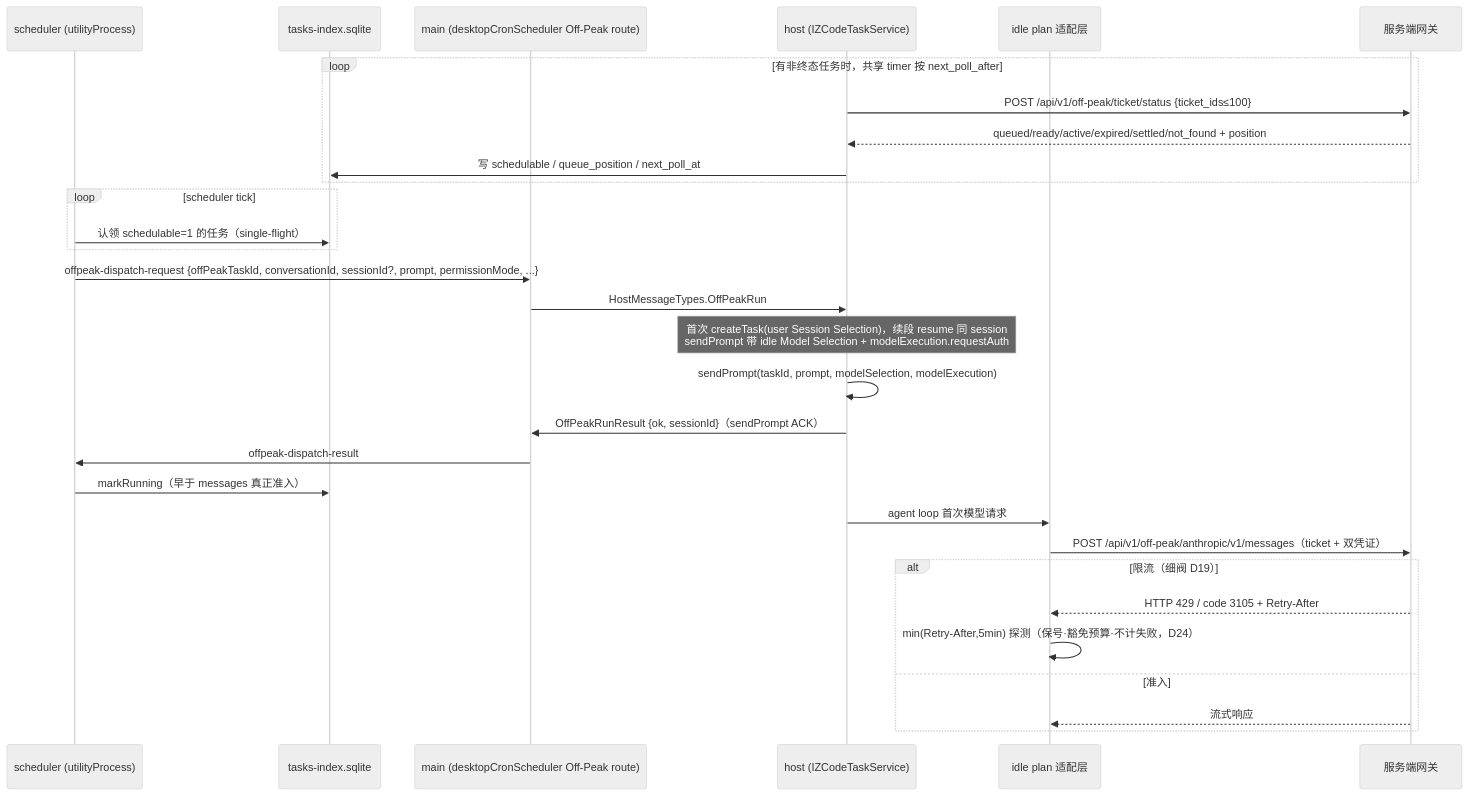
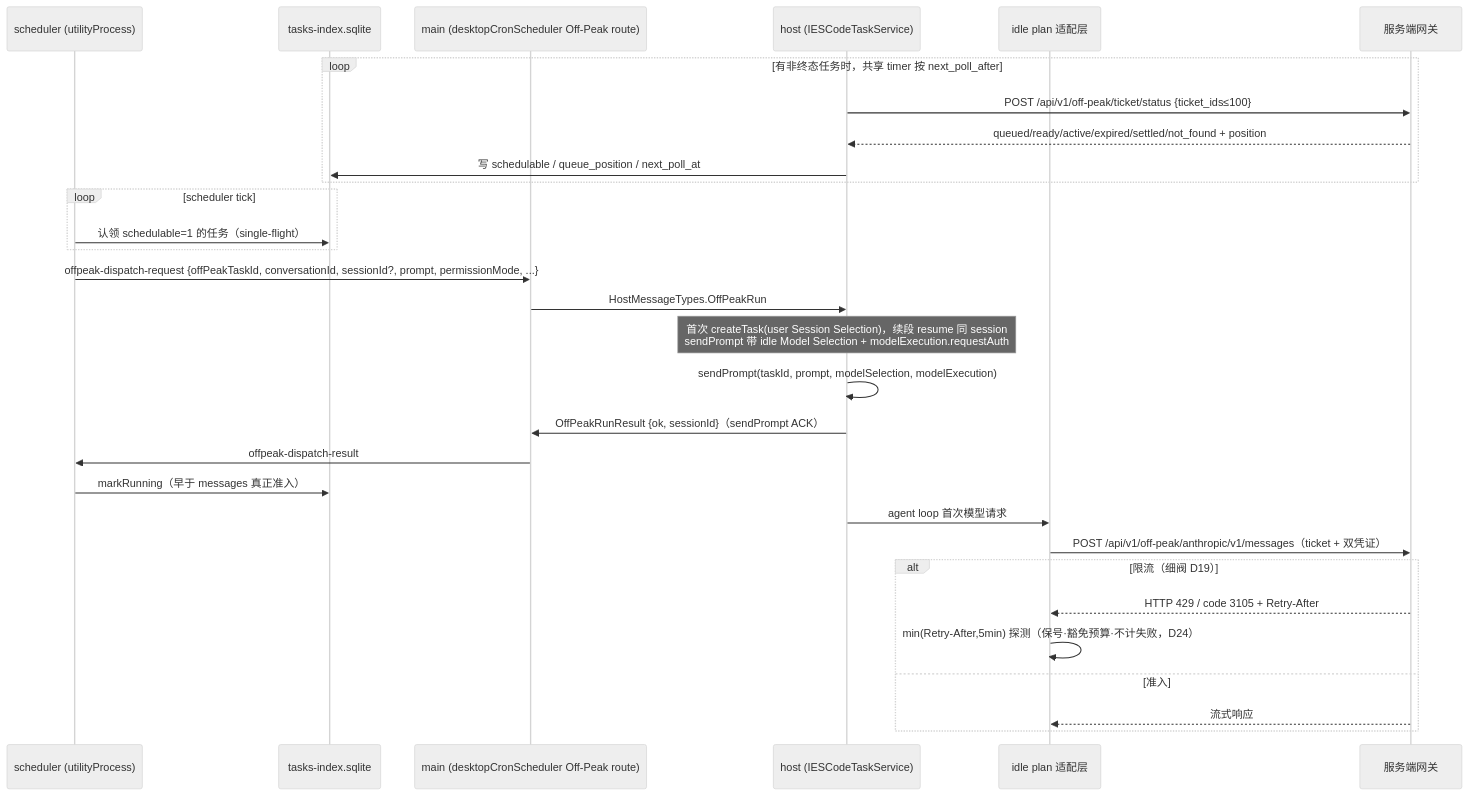
The third of 11 diagrams in docs/off-peak-task/tech-design.md (sekfung/ESCode), drawn with Mermaid (neutral theme) before and after one commit. The commit also changed other lines of this file and 14315 other files, not shown here.

````diff
--- a/docs/off-peak-task/tech-design.md
+++ b/docs/off-peak-task/tech-design.md
@@ -324,32 +324,32 @@
 ```mermaid
 sequenceDiagram
   participant S as scheduler (utilityProcess)
   participant DB as tasks-index.sqlite
   participant M as main (desktopCronScheduler Off-Peak route)
-  participant H as host (IZCodeTaskService)
+  participant H as host (IESCodeTaskService)
   participant A as idle plan 适配层
   participant G as 服务端网关
   loop 有非终态任务时，共享 timer 按 next_poll_after
     H->>G: POST /api/v1/off-peak/ticket/status {ticket_ids≤100}
     G-->>H: queued/ready/active/expired/settled/not_found + position
     H->>DB: 写 schedulable / queue_position / next_poll_at
   end
   loop scheduler tick
     S->>DB: 认领 schedulable=1 的任务（single-flight）
   end
   S->>M: offpeak-dispatch-request {offPeakTaskId, conversationId, sessionId?, prompt, permissionMode, ...}
   M->>H: HostMessageTypes.OffPeakRun
   Note over H: 首次 createTask(user Session Selection)，续段 resume 同 session<br/>sendPrompt 带 idle Model Selection + modelExecution.requestAuth
   H->>H: sendPrompt(taskId, prompt, modelSelection, modelExecution)
   H->>M: OffPeakRunResult {ok, sessionId}（sendPrompt ACK）
   M->>S: offpeak-dispatch-result
   S->>DB: markRunning（早于 messages 真正准入）
   H->>A: agent loop 首次模型请求
   A->>G: POST /api/v1/off-peak/anthropic/v1/messages（ticket + 双凭证）
   alt 限流（细阀 D19）
     G-->>A: HTTP 429 / code 3105 + Retry-After
     A->>A: min(Retry-After,5min) 探测（保号·豁免预算·不计失败，D24）
   else 准入
     G-->>A: 流式响应
   end
 ```
````
